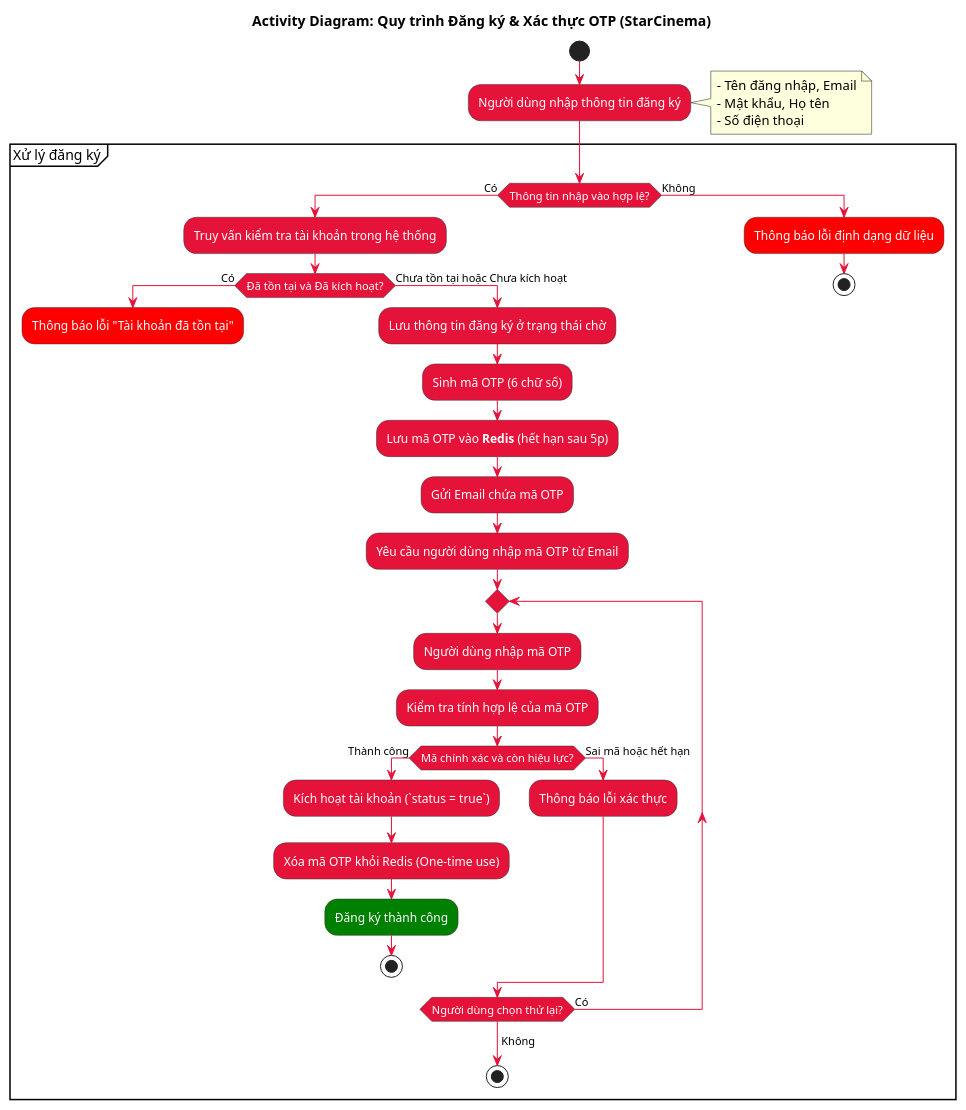
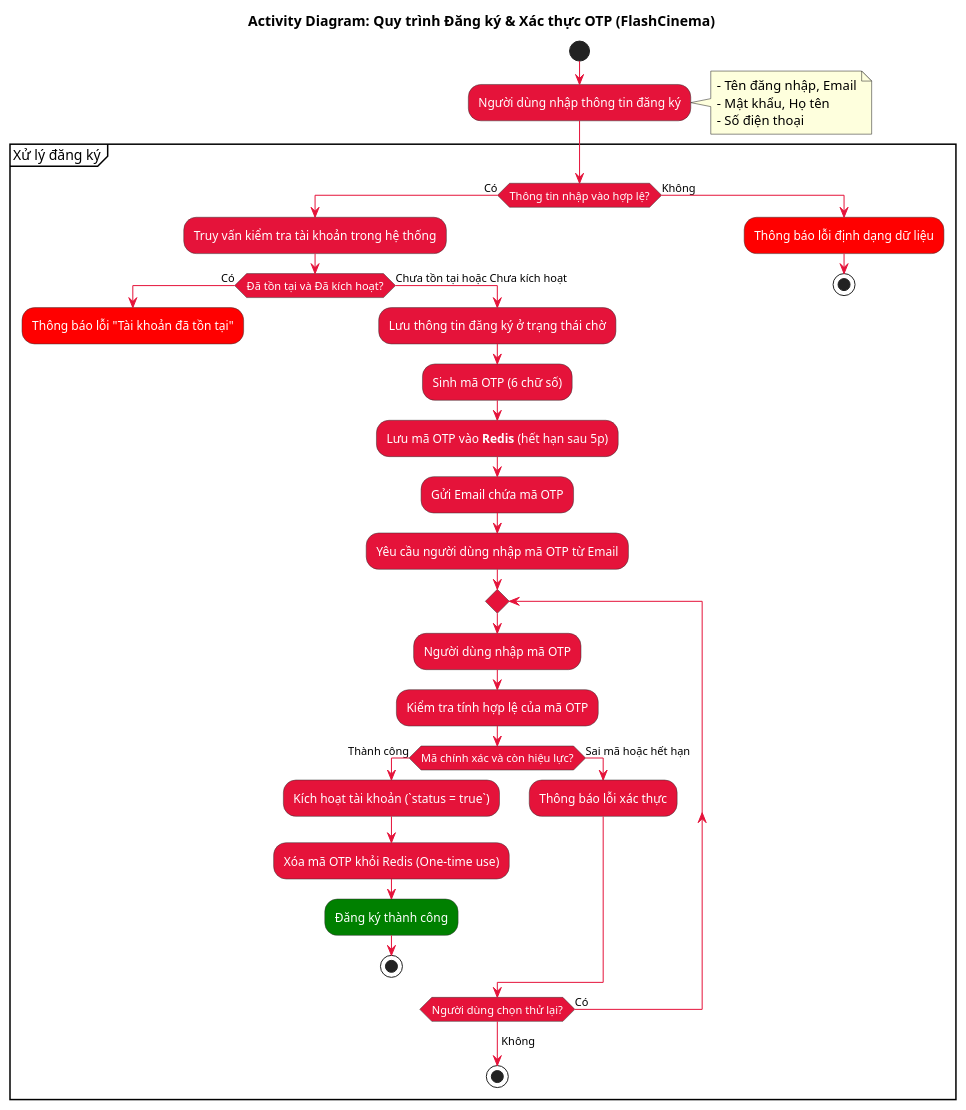
The diagram in report/2.0-Yêu cầu nghiệp vụ/2.2-Phân tích hệ thống (UML Diagrams)/2.2.3. Sơ đồ Activity/register_auth_activity.puml (vothnha26/Cinema-Management-System), drawn with PlantUML before and after one commit. The commit also changed 50 other files, not shown here.

```diff
--- a/report/2.0-Yêu cầu nghiệp vụ/2.2-Phân tích hệ thống (UML Diagrams)/2.2.3. Sơ đồ Activity/register_auth_activity.puml
+++ b/report/2.0-Yêu cầu nghiệp vụ/2.2-Phân tích hệ thống (UML Diagrams)/2.2.3. Sơ đồ Activity/register_auth_activity.puml
@@ -1,57 +1,57 @@
 @startuml register_auth_activity
 skinparam backgroundColor #FFFFFF
 skinparam activity {
   BackgroundColor #E5133A
   BorderColor #333333
   FontColor #FFFFFF
   ArrowColor #E5133A
 }
 
-title Activity Diagram: Quy trình Đăng ký & Xác thực OTP (StarCinema)
+title Activity Diagram: Quy trình Đăng ký & Xác thực OTP (FlashCinema)
 
 start
 :Người dùng nhập thông tin đăng ký;
 note right
   - Tên đăng nhập, Email
   - Mật khẩu, Họ tên
   - Số điện thoại
 end note
 
 partition "Xử lý đăng ký" {
   if (Thông tin nhập vào hợp lệ?) then (Có)
     :Truy vấn kiểm tra tài khoản trong hệ thống;
     if (Đã tồn tại và Đã kích hoạt?) then (Có)
       #Red:Thông báo lỗi "Tài khoản đã tồn tại";
       detach
     else (Chưa tồn tại hoặc Chưa kích hoạt)
       :Lưu thông tin đăng ký ở trạng thái chờ;
       
       :Sinh mã OTP (6 chữ số);
       :Lưu mã OTP vào **Redis** (hết hạn sau 5p);
       
       :Gửi Email chứa mã OTP;
       
       :Yêu cầu người dùng nhập mã OTP từ Email;
       
       repeat
         :Người dùng nhập mã OTP;
         :Kiểm tra tính hợp lệ của mã OTP;
         if (Mã chính xác và còn hiệu lực?) then (Thành công)
           :Kích hoạt tài khoản (`status = true`);
           :Xóa mã OTP khỏi Redis (One-time use);
           #Green:Đăng ký thành công;
           stop
         else (Sai mã hoặc hết hạn)
           :Thông báo lỗi xác thực;
         endif
       repeat while (Người dùng chọn thử lại?) is (Có)
       ->Không;
       stop
     endif
   else (Không)
     #Red:Thông báo lỗi định dạng dữ liệu;
     stop
   endif
 }
 
 @enduml
```
